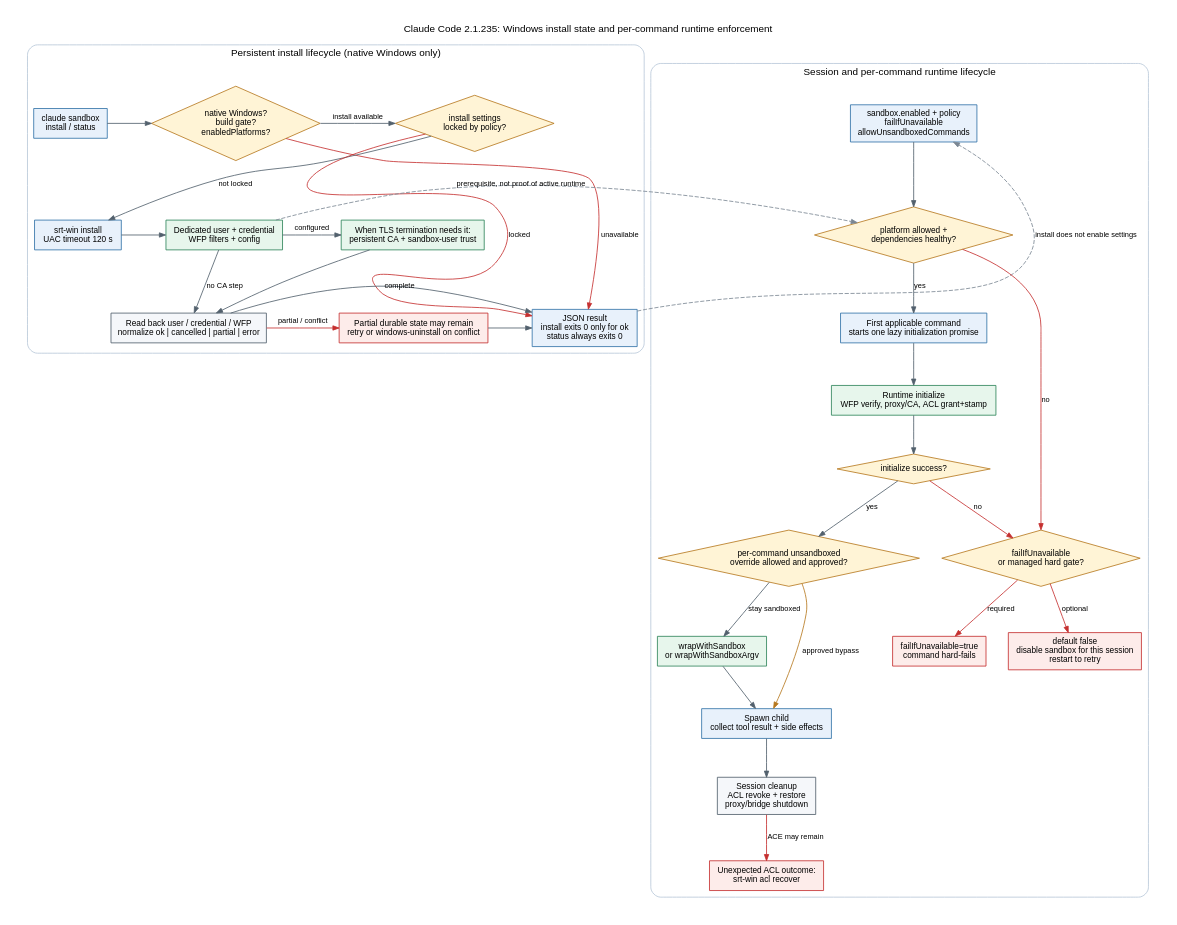
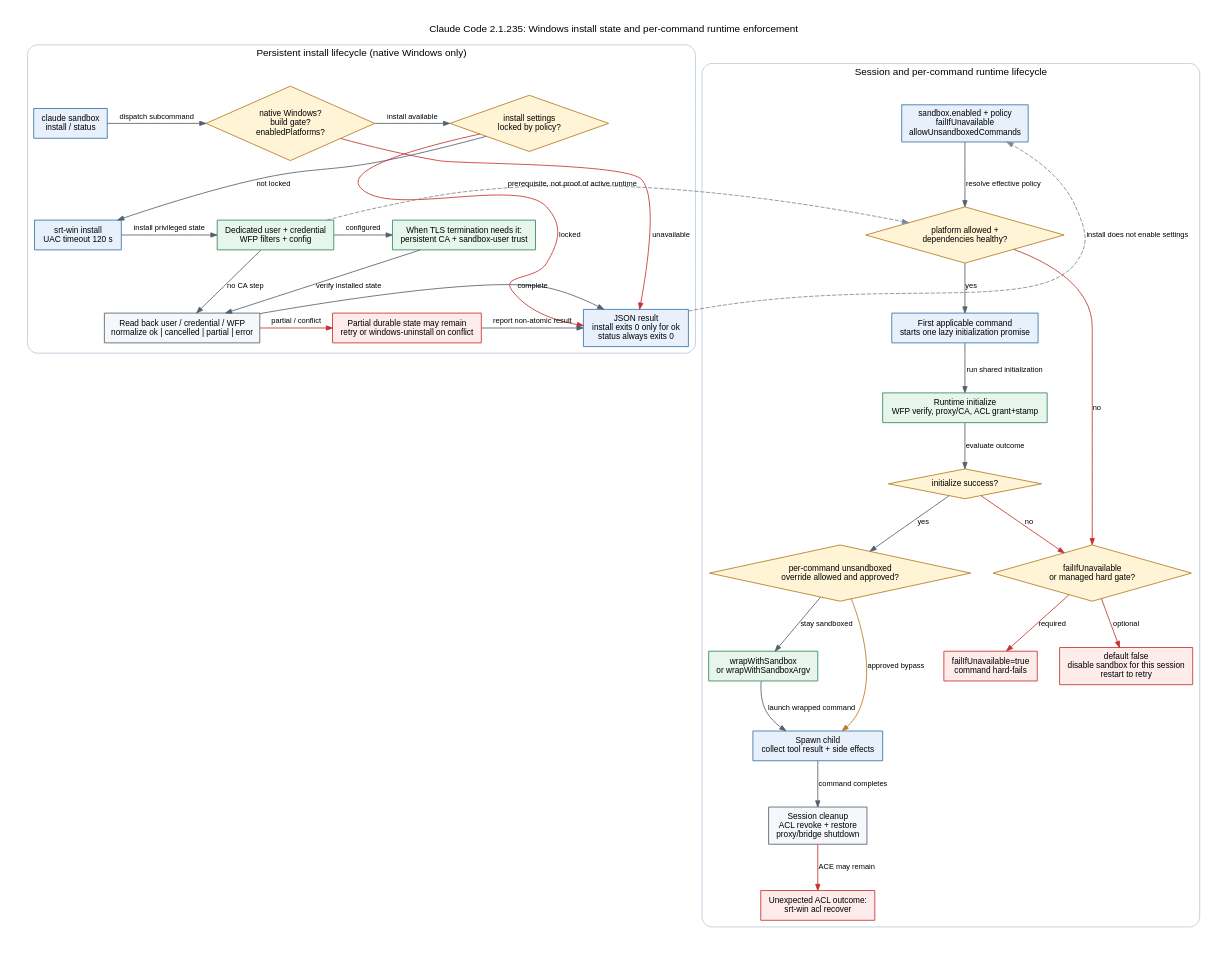
Before and after one commit to SwallOwDili/claudecodecli-sourcecode: the diagram in analysis/visuals/sandbox-install-runtime.dot, drawn with Graphviz. The commit also changed 67 other files, not shown here.

```diff
--- a/analysis/visuals/sandbox-install-runtime.dot
+++ b/analysis/visuals/sandbox-install-runtime.dot
@@ -1,87 +1,87 @@
 digraph SandboxInstallRuntime {
   graph [
     rankdir=TB,
     newrank=true,
     bgcolor="#ffffff",
     pad="0.25",
     nodesep="0.38",
     ranksep="0.62",
     fontname="Arial",
     fontsize=12,
     labelloc="t",
     label="Claude Code 2.1.235: Windows install state and per-command runtime enforcement"
   ];
   node [shape=box, style="filled", fontname="Arial", fontsize=10, margin="0.14,0.09", color="#52606d", fillcolor="#f5f7fa"];
   edge [fontname="Arial", fontsize=9, color="#52606d", arrowsize=0.75];
 
   subgraph cluster_install {
     label="Persistent install lifecycle (native Windows only)";
     color="#b8c7d9";
     style="rounded";
 
     cli [label="claude sandbox\ninstall / status", fillcolor="#e8f1fb", color="#3273a8"];
     gate [shape=diamond, label="native Windows?\nbuild gate?\nenabledPlatforms?", fillcolor="#fff4d6", color="#b7791f"];
     policy [shape=diamond, label="install settings\nlocked by policy?", fillcolor="#fff4d6", color="#b7791f"];
     srt [label="srt-win install\nUAC timeout 120 s", fillcolor="#e8f1fb", color="#3273a8"];
     durable [label="Dedicated user + credential\nWFP filters + config", fillcolor="#e7f6ec", color="#2f855a"];
     ca [label="When TLS termination needs it:\npersistent CA + sandbox-user trust", fillcolor="#e7f6ec", color="#2f855a"];
     readback [label="Read back user / credential / WFP\nnormalize ok | cancelled | partial | error", fillcolor="#f5f7fa"];
     json [label="JSON result\ninstall exits 0 only for ok\nstatus always exits 0", fillcolor="#e8f1fb", color="#3273a8"];
     partial [label="Partial durable state may remain\nretry or windows-uninstall on conflict", fillcolor="#fdecea", color="#c53030"];
 
     { rank=same; cli; gate; policy; }
     { rank=same; srt; durable; ca; }
     { rank=same; readback; partial; json; }
 
-    cli -> gate;
+    cli -> gate [label="dispatch subcommand"];
     gate -> policy [label="install available"];
     gate -> json [label="unavailable", color="#c53030", constraint=false];
     policy -> srt [label="not locked"];
     policy -> json [label="locked", color="#c53030", constraint=false];
-    srt -> durable;
+    srt -> durable [label="install privileged state"];
     durable -> ca [label="configured"];
     durable -> readback [label="no CA step"];
-    ca -> readback;
+    ca -> readback [label="verify installed state"];
     readback -> json [label="complete"];
     readback -> partial [label="partial / conflict", color="#c53030"];
-    partial -> json;
+    partial -> json [label="report non-atomic result"];
   }
 
   subgraph cluster_runtime {
     label="Session and per-command runtime lifecycle";
     color="#b8c7d9";
     style="rounded";
 
     settings [label="sandbox.enabled + policy\nfailIfUnavailable\nallowUnsandboxedCommands", fillcolor="#e8f1fb", color="#3273a8"];
     deps [shape=diamond, label="platform allowed +\ndependencies healthy?", fillcolor="#fff4d6", color="#b7791f"];
     lazy [label="First applicable command\nstarts one lazy initialization promise", fillcolor="#e8f1fb", color="#3273a8"];
     init [label="Runtime initialize\nWFP verify, proxy/CA, ACL grant+stamp", fillcolor="#e7f6ec", color="#2f855a"];
     fail [shape=diamond, label="initialize success?", fillcolor="#fff4d6", color="#b7791f"];
     required [shape=diamond, label="failIfUnavailable\nor managed hard gate?", fillcolor="#fff4d6", color="#b7791f"];
     hard [label="failIfUnavailable=true\ncommand hard-fails", fillcolor="#fdecea", color="#c53030"];
     degrade [label="default false\ndisable sandbox for this session\nrestart to retry", fillcolor="#fdecea", color="#c53030"];
     override [shape=diamond, label="per-command unsandboxed\noverride allowed and approved?", fillcolor="#fff4d6", color="#b7791f"];
     wrap [label="wrapWithSandbox\nor wrapWithSandboxArgv", fillcolor="#e7f6ec", color="#2f855a"];
     spawn [label="Spawn child\ncollect tool result + side effects", fillcolor="#e8f1fb", color="#3273a8"];
     cleanup [label="Session cleanup\nACL revoke + restore\nproxy/bridge shutdown", fillcolor="#f5f7fa"];
     recover [label="Unexpected ACL outcome:\nsrt-win acl recover", fillcolor="#fdecea", color="#c53030"];
 
-    settings -> deps;
+    settings -> deps [label="resolve effective policy"];
     deps -> lazy [label="yes"];
     deps -> required [label="no", color="#c53030"];
-    lazy -> init;
-    init -> fail;
+    lazy -> init [label="run shared initialization"];
+    init -> fail [label="evaluate outcome"];
     fail -> override [label="yes"];
     fail -> required [label="no", color="#c53030"];
     required -> hard [label="required", color="#c53030"];
     required -> degrade [label="optional", color="#c53030"];
     override -> wrap [label="stay sandboxed"];
     override -> spawn [label="approved bypass", color="#b7791f"];
-    wrap -> spawn;
-    spawn -> cleanup;
+    wrap -> spawn [label="launch wrapped command"];
+    spawn -> cleanup [label="command completes"];
     cleanup -> recover [label="ACE may remain", color="#c53030"];
   }
 
   durable -> deps [style=dashed, label="prerequisite, not proof of active runtime", color="#7b8794", constraint=false];
   json -> settings [style=dashed, label="install does not enable settings", color="#7b8794", constraint=false];
 }
```
